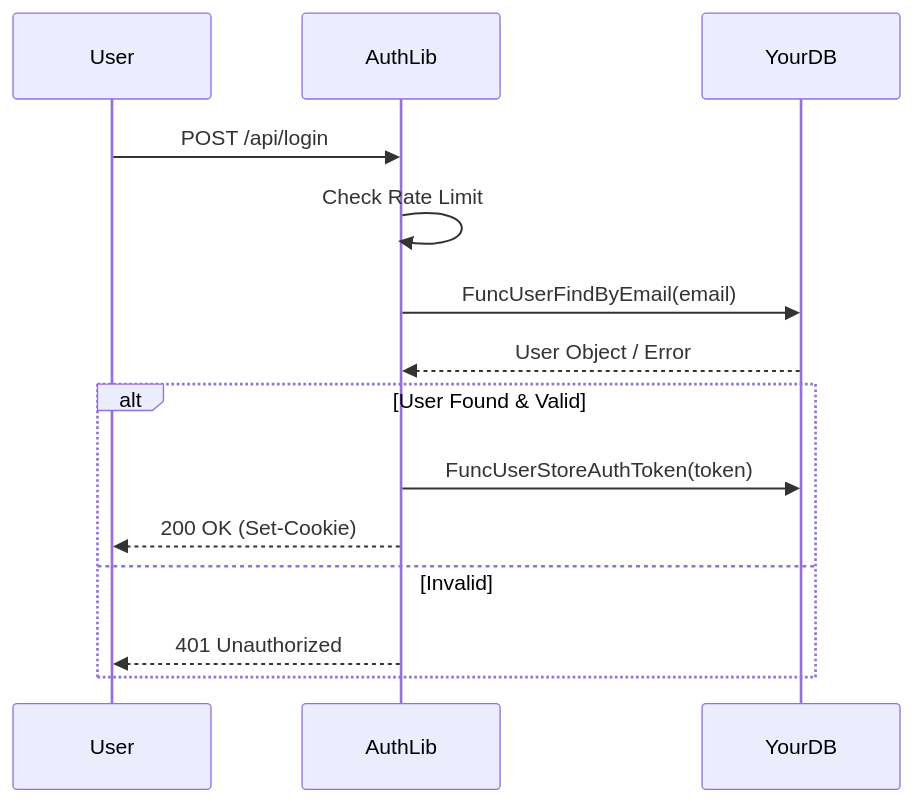
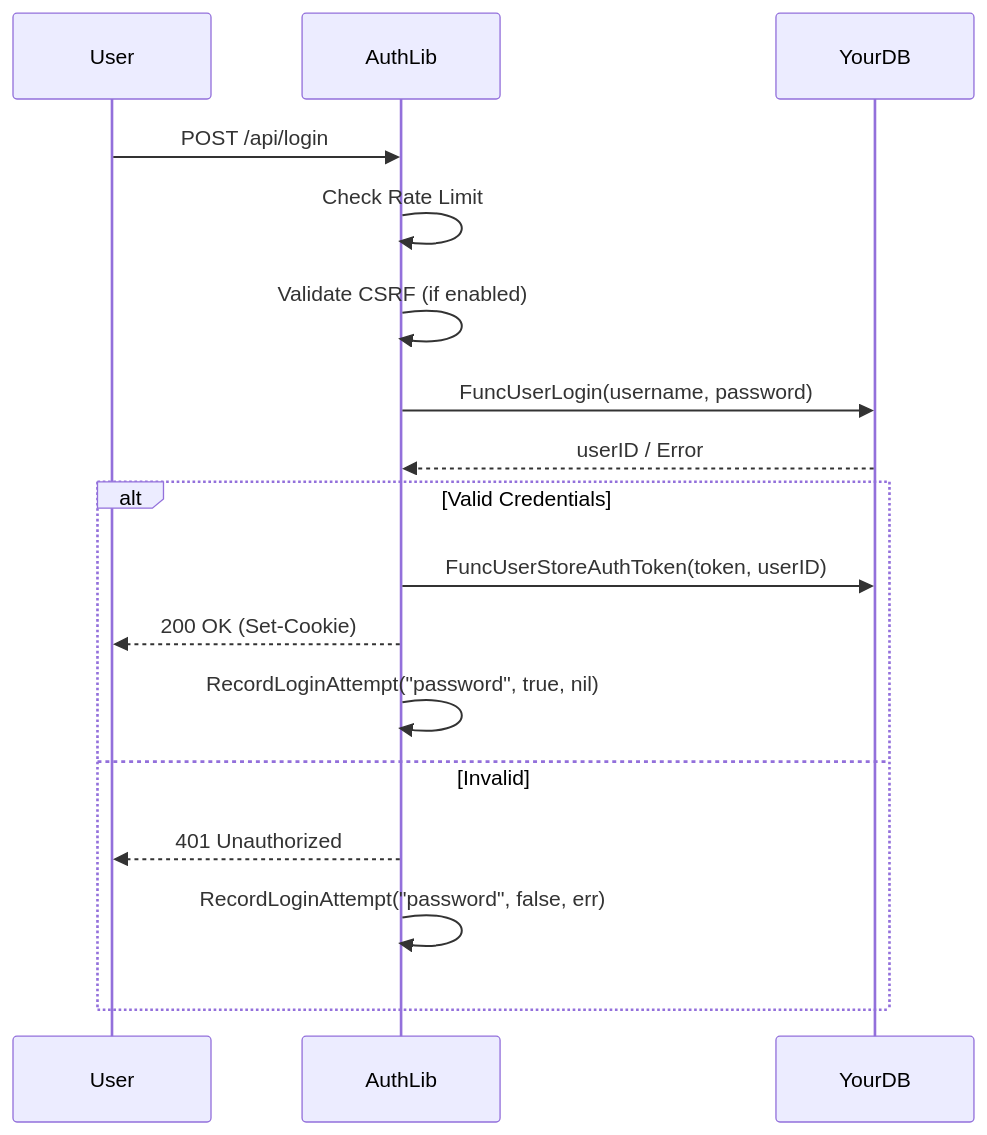
Before and after one commit to dracory/auth: the first of 3 diagrams in docs/livewiki/data_flow.md, drawn with Mermaid. The commit also changed other lines of this file and 22 other files, not shown here.

````diff
--- a/docs/livewiki/data_flow.md
+++ b/docs/livewiki/data_flow.md
@@ -26,18 +31,21 @@
 ```mermaid
 sequenceDiagram
     participant User
     participant AuthLib
     participant YourDB
     
     User->>AuthLib: POST /api/login
     AuthLib->>AuthLib: Check Rate Limit
-    AuthLib->>YourDB: FuncUserFindByEmail(email)
-    YourDB-->>AuthLib: User Object / Error
+    AuthLib->>AuthLib: Validate CSRF (if enabled)
+    AuthLib->>YourDB: FuncUserLogin(username, password)
+    YourDB-->>AuthLib: userID / Error
     
-    alt User Found & Valid
-        AuthLib->>YourDB: FuncUserStoreAuthToken(token)
+    alt Valid Credentials
+        AuthLib->>YourDB: FuncUserStoreAuthToken(token, userID)
         AuthLib-->>User: 200 OK (Set-Cookie)
+        AuthLib->>AuthLib: RecordLoginAttempt("password", true, nil)
     else Invalid
         AuthLib-->>User: 401 Unauthorized
+        AuthLib->>AuthLib: RecordLoginAttempt("password", false, err)
     end
 ```
````
